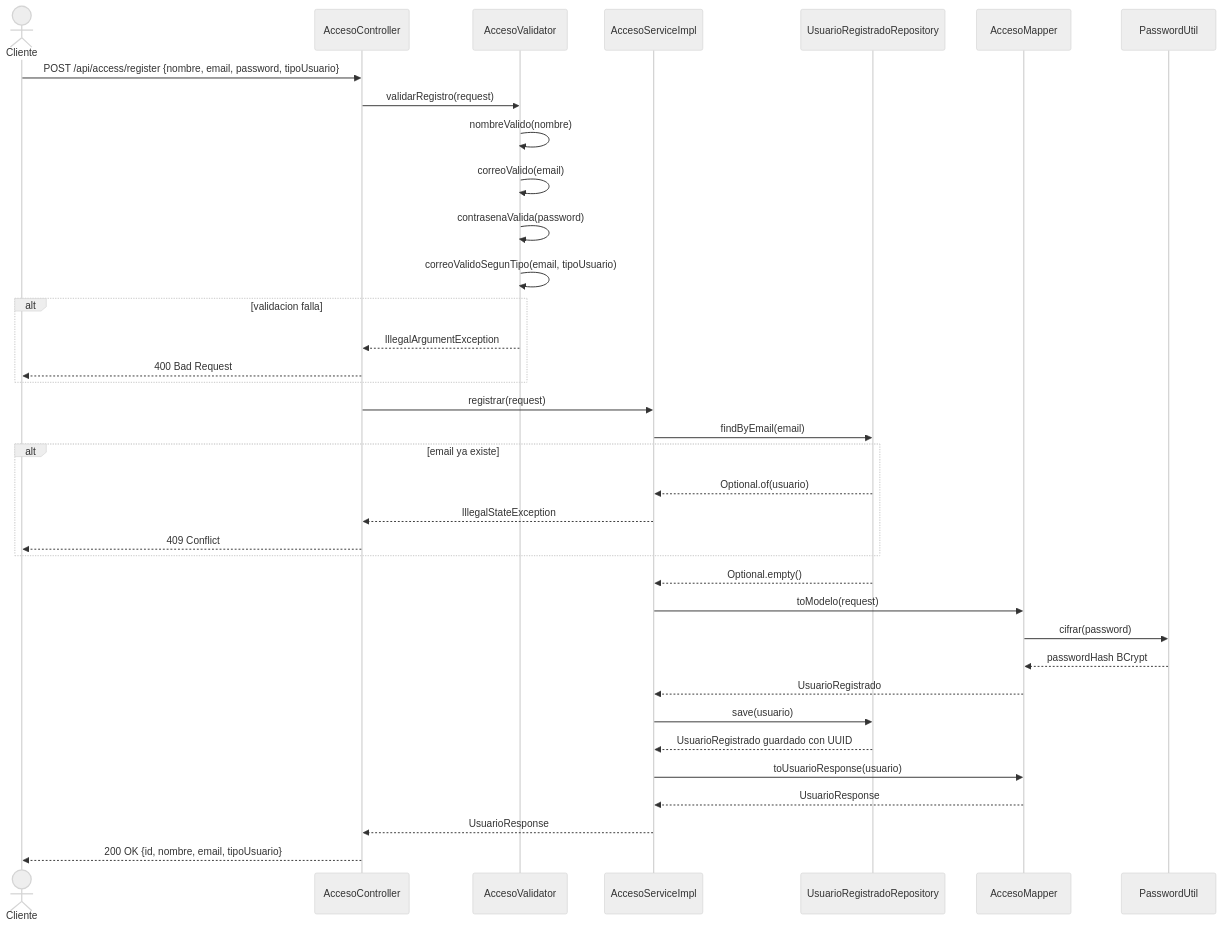
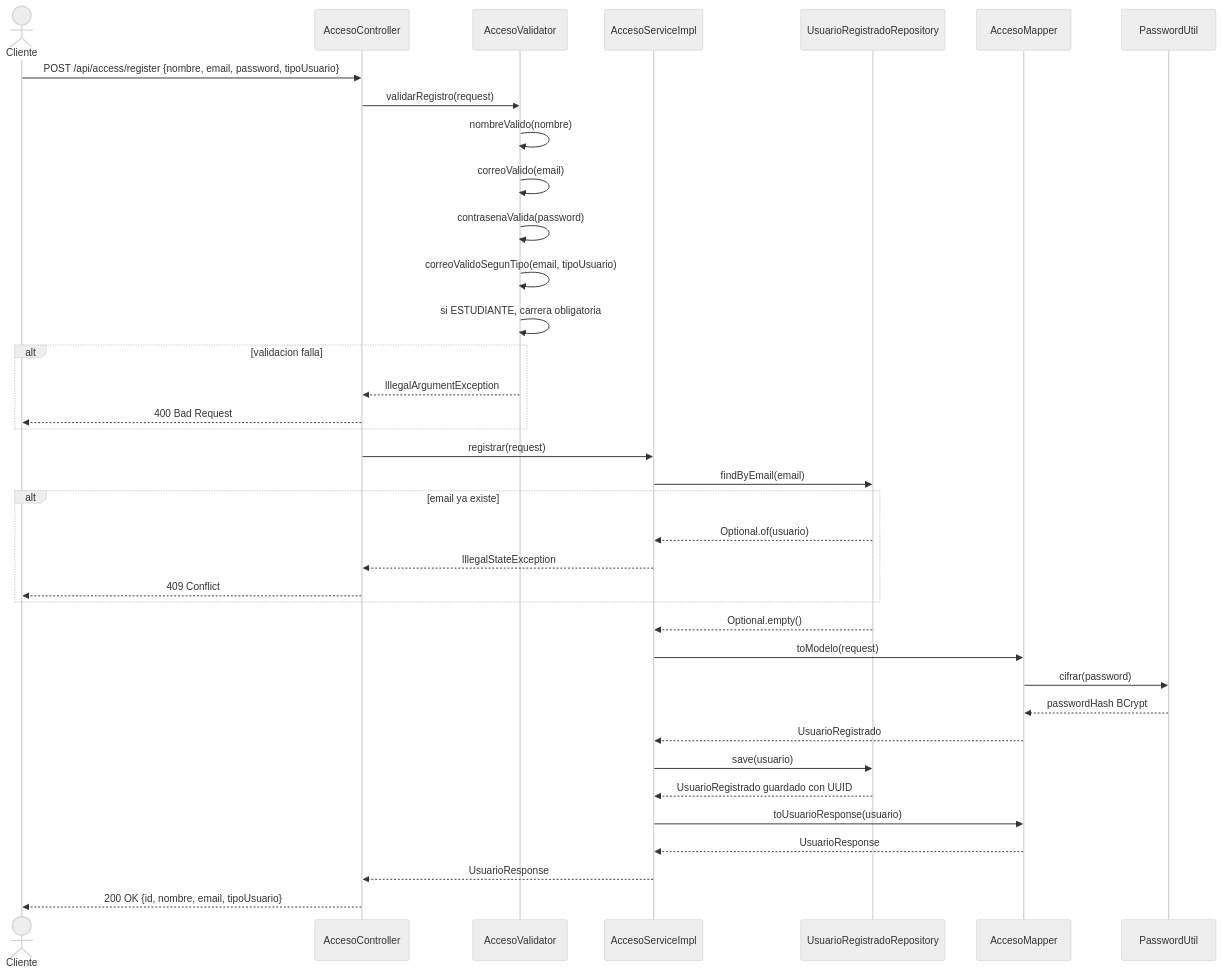
The diagram in docs/uml/diagramas-secuencia/01-registro-usuario.md (nglsz006/SFC_techcup-futbol), drawn with Mermaid (neutral theme) before and after one commit. The commit also changed 14 other files, not shown here.

Commit message:
actualizar diagramas: ER, clases, componentes, secuencia y contexto

````diff
--- a/docs/uml/diagramas-secuencia/01-registro-usuario.md
+++ b/docs/uml/diagramas-secuencia/01-registro-usuario.md
@@ -7,39 +7,40 @@
 ```mermaid
 sequenceDiagram
     actor Cliente
     participant AccesoController
     participant AccesoValidator
     participant AccesoServiceImpl
     participant UsuarioRegistradoRepository
     participant AccesoMapper
     participant PasswordUtil
 
     Cliente->>AccesoController: POST /api/access/register {nombre, email, password, tipoUsuario}
     AccesoController->>AccesoValidator: validarRegistro(request)
     AccesoValidator->>AccesoValidator: nombreValido(nombre)
     AccesoValidator->>AccesoValidator: correoValido(email)
     AccesoValidator->>AccesoValidator: contrasenaValida(password)
     AccesoValidator->>AccesoValidator: correoValidoSegunTipo(email, tipoUsuario)
+    AccesoValidator->>AccesoValidator: si ESTUDIANTE, carrera obligatoria
     alt validacion falla
         AccesoValidator-->>AccesoController: IllegalArgumentException
         AccesoController-->>Cliente: 400 Bad Request
     end
     AccesoController->>AccesoServiceImpl: registrar(request)
     AccesoServiceImpl->>UsuarioRegistradoRepository: findByEmail(email)
     alt email ya existe
         UsuarioRegistradoRepository-->>AccesoServiceImpl: Optional.of(usuario)
         AccesoServiceImpl-->>AccesoController: IllegalStateException
         AccesoController-->>Cliente: 409 Conflict
     end
     UsuarioRegistradoRepository-->>AccesoServiceImpl: Optional.empty()
     AccesoServiceImpl->>AccesoMapper: toModelo(request)
     AccesoMapper->>PasswordUtil: cifrar(password)
     PasswordUtil-->>AccesoMapper: passwordHash BCrypt
     AccesoMapper-->>AccesoServiceImpl: UsuarioRegistrado
     AccesoServiceImpl->>UsuarioRegistradoRepository: save(usuario)
     UsuarioRegistradoRepository-->>AccesoServiceImpl: UsuarioRegistrado guardado con UUID
     AccesoServiceImpl->>AccesoMapper: toUsuarioResponse(usuario)
     AccesoMapper-->>AccesoServiceImpl: UsuarioResponse
     AccesoServiceImpl-->>AccesoController: UsuarioResponse
     AccesoController-->>Cliente: 200 OK {id, nombre, email, tipoUsuario}
 ```
````
